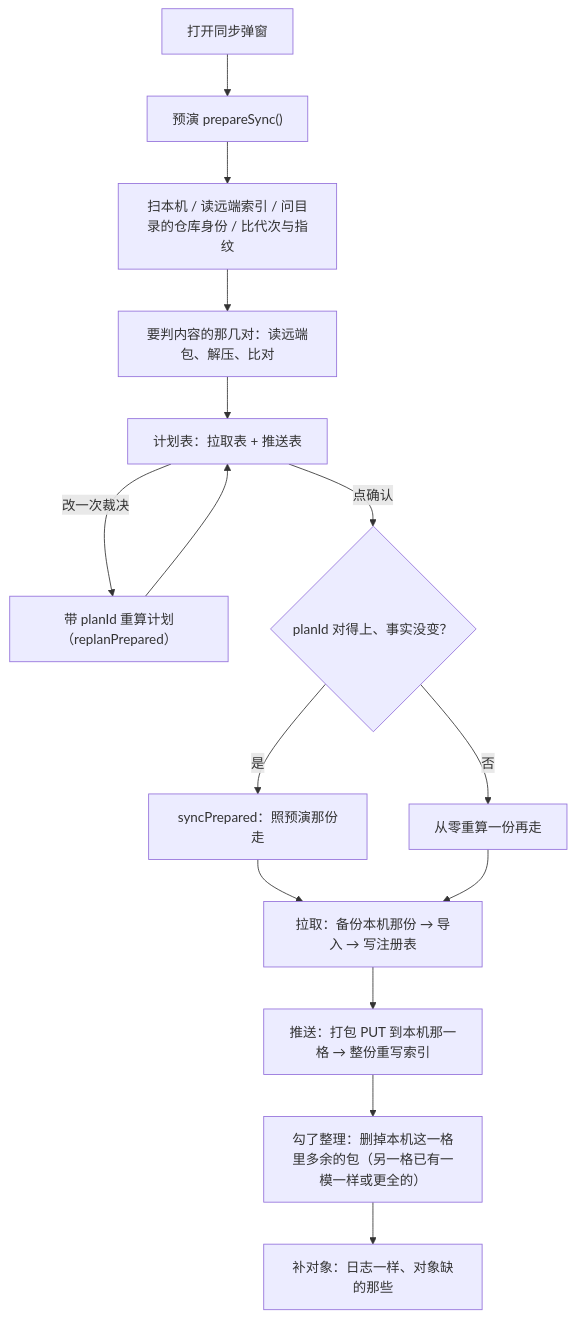
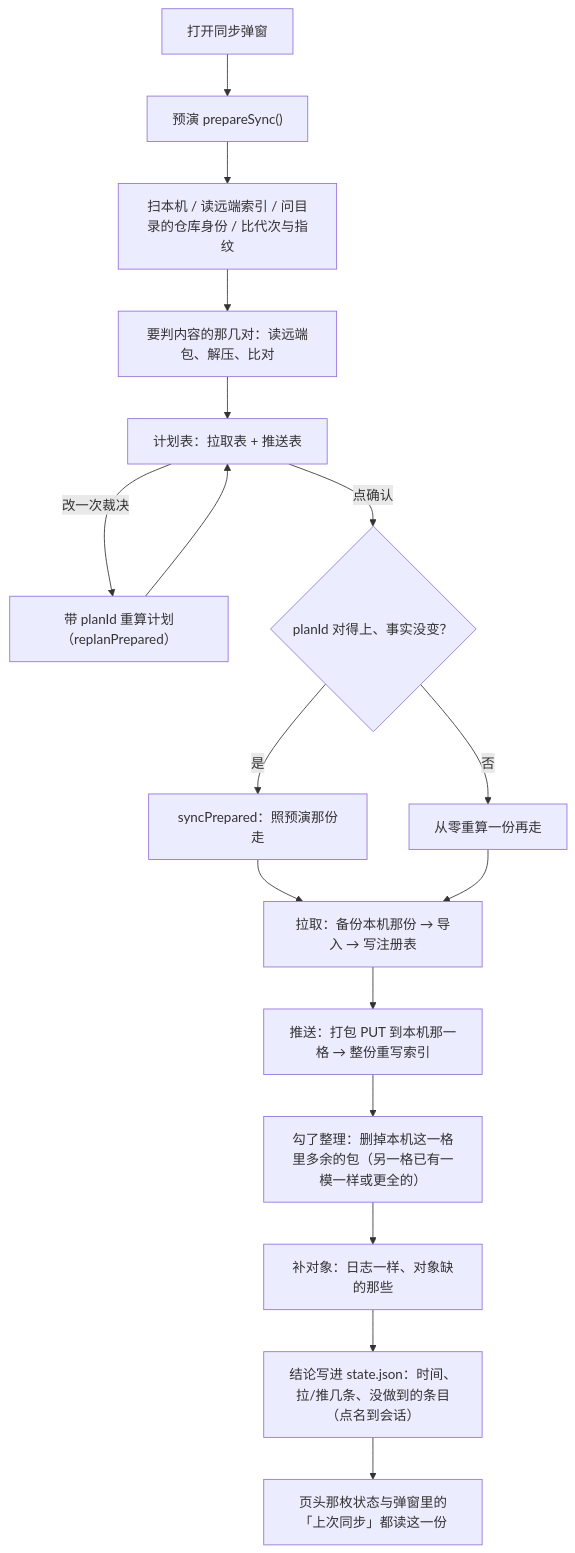
One commit to he0119/dsh-session-manager changed the third of 9 diagrams in docs/flows.md. Above: the diagram before and after it, drawn with Mermaid. The commit also changed other lines of this file and 24 other files, not shown here.

````diff
--- a/docs/flows.md
+++ b/docs/flows.md
@@ -46,17 +46,19 @@
 ```mermaid
 flowchart TD
   A["打开同步弹窗"] --> B["预演 prepareSync()"]
   B --> B1["扫本机 / 读远端索引 / 问目录的仓库身份 / 比代次与指纹"]
   B1 --> B2["要判内容的那几对：读远端包、解压、比对"]
   B2 --> C["计划表：拉取表 + 推送表"]
   C -->|"改一次裁决"| D["带 planId 重算计划（replanPrepared）"]
   D --> C
   C -->|"点确认"| E{"planId 对得上、事实没变？"}
   E -->|"是"| F["syncPrepared：照预演那份走"]
   E -->|"否"| G["从零重算一份再走"]
   F --> H["拉取：备份本机那份 → 导入 → 写注册表"]
   G --> H
   H --> I["推送：打包 PUT 到本机那一格 → 整份重写索引"]
   I --> K["勾了整理：删掉本机这一格里多余的包（另一格已有一模一样或更全的）"]
   K --> J["补对象：日志一样、对象缺的那些"]
+  J --> L["结论写进 state.json：时间、拉/推几条、没做到的条目（点名到会话）"]
+  L --> M["页头那枚状态与弹窗里的「上次同步」都读这一份"]
 ```
````
